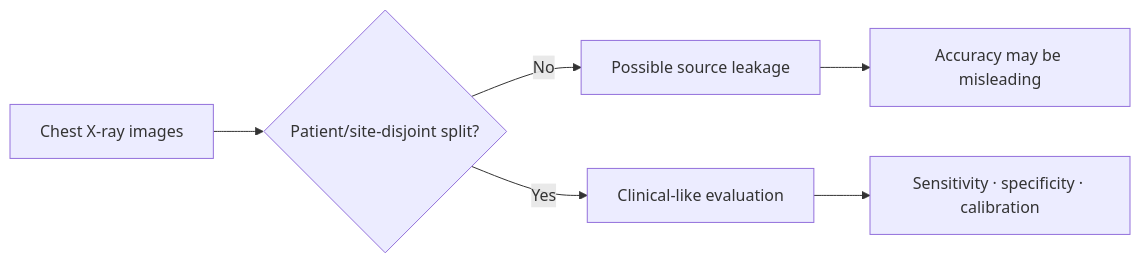
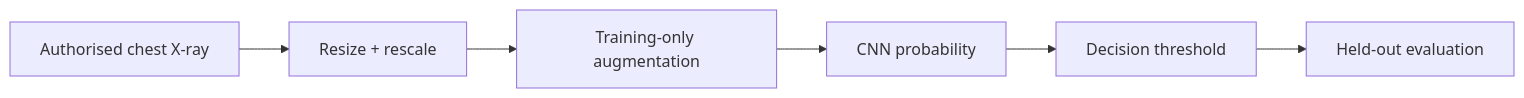
One commit to CHAITANYA-2002/machine-learning-projects changed the first of 2 diagrams in 07-covid-xray-classifier/README.md. Above: the diagram before and after it, drawn with Mermaid. The commit also changed other lines of this file and 109 other files, not shown here.

````diff
--- a/07-covid-xray-classifier/README.md
+++ b/07-covid-xray-classifier/README.md
@@ -15,8 +29,8 @@
 ```mermaid
 flowchart LR
-    A[Chest X-ray images] --> B{Patient/site-disjoint split?}
-    B -->|No| C[Possible source leakage]
-    B -->|Yes| D[Clinical-like evaluation]
-    C --> E[Accuracy may be misleading]
-    D --> F[Sensitivity · specificity · calibration]
+    A[Authorised chest X-ray] --> B[Resize + rescale]
+    B --> C[Training-only augmentation]
+    C --> D[CNN probability]
+    D --> E[Decision threshold]
+    E --> F[Held-out evaluation]
 ```
````
